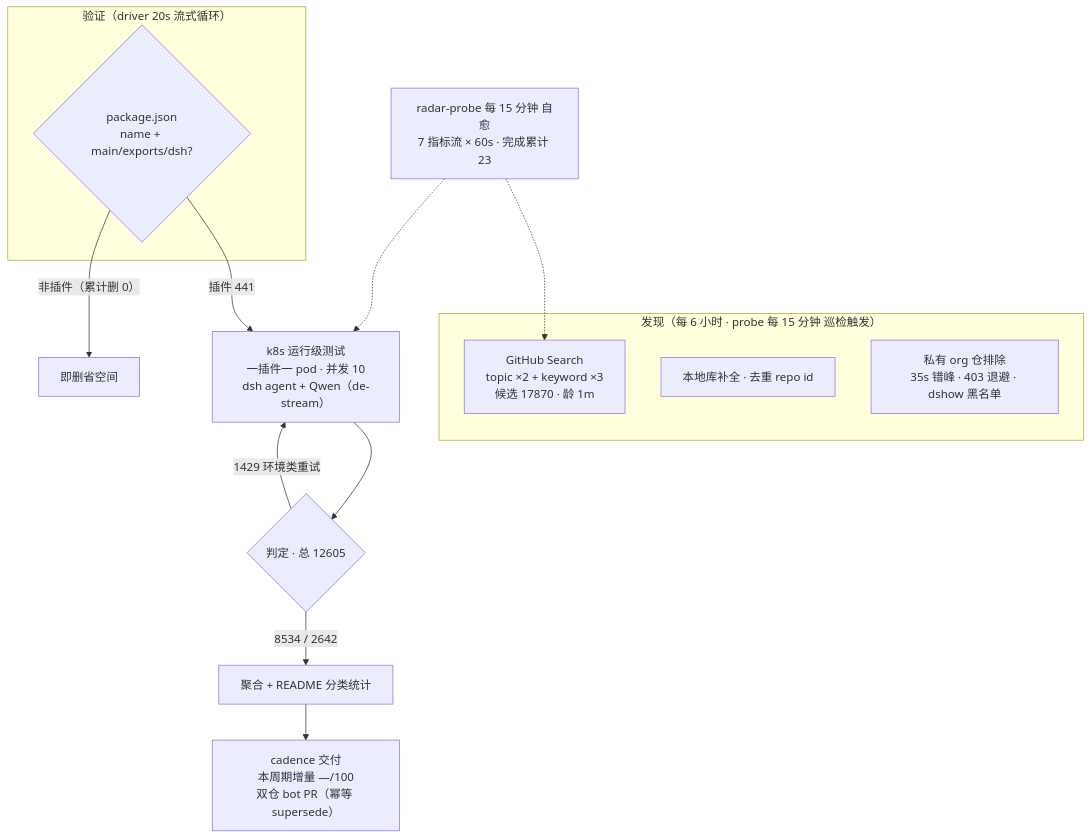
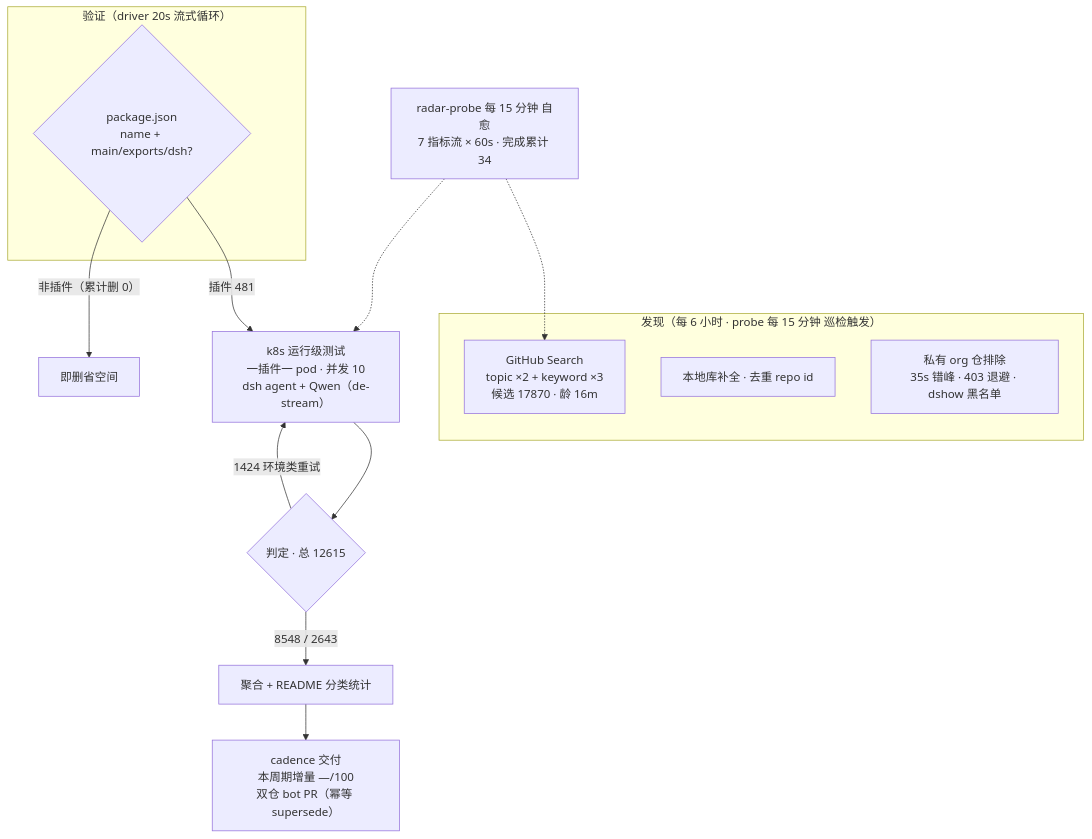
One commit to AdamPlatin123/awesome-dsh-plugins changed the diagram in README.md. Above: the diagram before and after it, drawn with Mermaid. The commit also changed other lines of this file and 5 other files, not shown here.

````diff
--- a/README.md
+++ b/README.md
@@ -52,20 +52,20 @@
 ```mermaid
 flowchart TB
     subgraph Discovery["发现（每 6 小时 · probe 每 15 分钟 巡检触发）"]
-        A1["GitHub Search<br/>topic ×2 + keyword ×3<br/>候选 17870 · 龄 1m"]
+        A1["GitHub Search<br/>topic ×2 + keyword ×3<br/>候选 17870 · 龄 16m"]
         A2["本地库补全 · 去重 repo id"]
         A3["私有 org 仓排除<br/>35s 错峰 · 403 退避 · dshow 黑名单"]
     end
     subgraph Validation["验证（driver 20s 流式循环）"]
         B1{"package.json<br/>name + main/exports/dsh?"}
     end
-    B1 -->|"插件 441"| C1["k8s 运行级测试<br/>一插件一 pod · 并发 10<br/>dsh agent + Qwen（de-stream）"]
+    B1 -->|"插件 481"| C1["k8s 运行级测试<br/>一插件一 pod · 并发 10<br/>dsh agent + Qwen（de-stream）"]
     B1 -->|"非插件（累计删 0）"| B3["即删省空间"]
-    C1 --> D1{"判定 · 总 12605"}
-    D1 -->|"8534 / 2642"| E1["聚合 + README 分类统计"]
-    D1 -->|"1429 环境类重试"| C1
+    C1 --> D1{"判定 · 总 12615"}
+    D1 -->|"8548 / 2643"| E1["聚合 + README 分类统计"]
+    D1 -->|"1424 环境类重试"| C1
     E1 --> E2["cadence 交付<br/>本周期增量 —/100<br/>双仓 bot PR（幂等 supersede）"]
-    M["radar-probe 每 15 分钟 自愈<br/>7 指标流 × 60s · 完成累计 23"]
+    M["radar-probe 每 15 分钟 自愈<br/>7 指标流 × 60s · 完成累计 34"]
     M -.-> A1
     M -.-> C1
 ```
````
